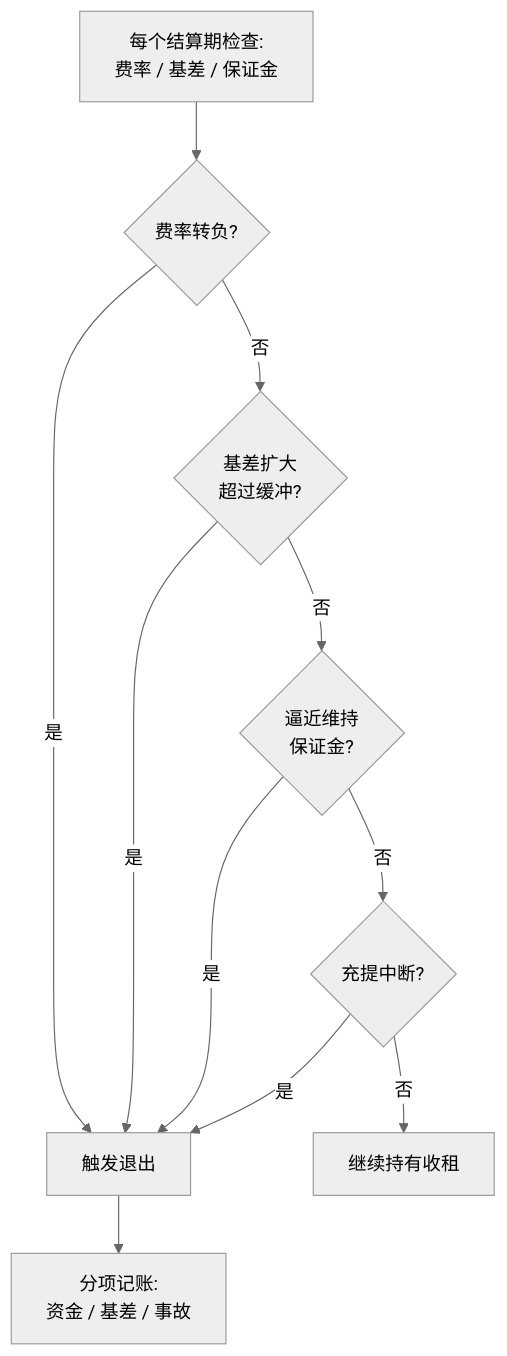
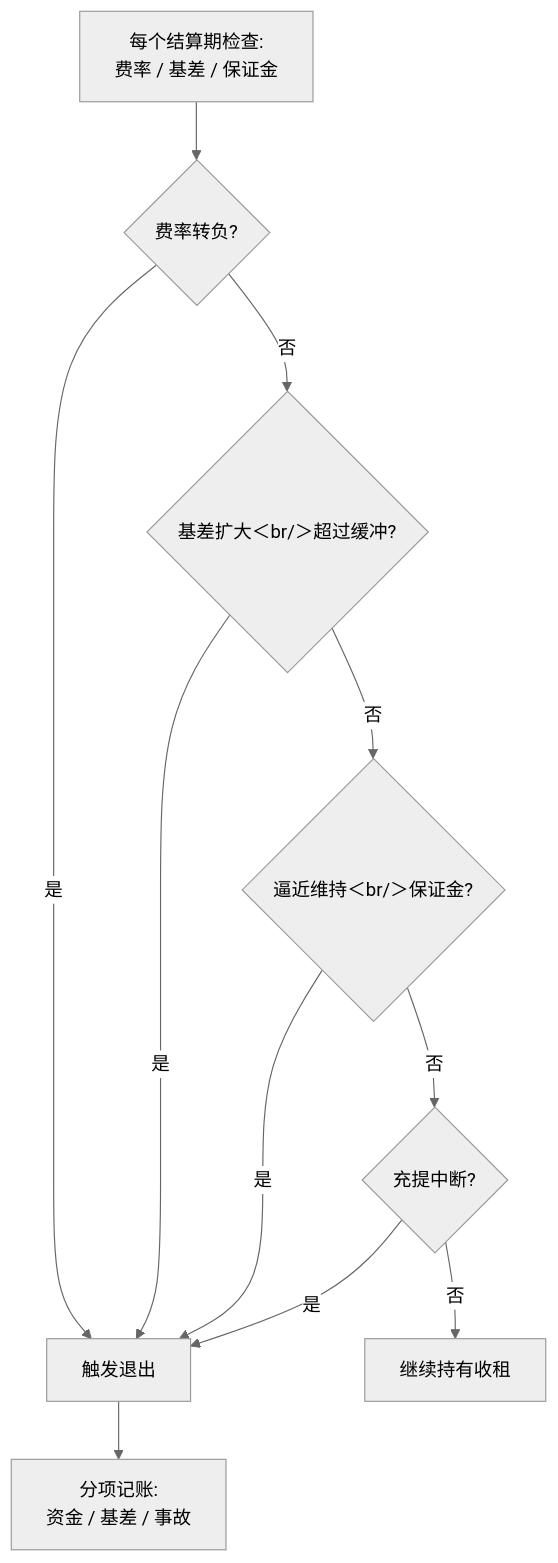
The first of 2 diagrams in docs/quant/funding-rate-arb.md (xhongduo-tech/xhongduo-tech.github.io), drawn with Mermaid (neutral theme) before and after one commit. The commit also changed 291 other files, not shown here.

Commit message:
Normalize lesson titles to tree names and repair mermaid arrow/quote syntax site-wide.

````diff
--- a/docs/quant/funding-rate-arb.md
+++ b/docs/quant/funding-rate-arb.md
@@ -56,13 +56,13 @@
 ```mermaid
 flowchart TD
   Q["每个结算期检查:<br/>费率 / 基差 / 保证金"] --> C1{"费率转负?"}
   C1 -- "是" --> X["触发退出"]
-  C1 -- "否" --> C2{"基差扩大<br/>超过缓冲?"}
+  C1 -- "否" --> C2{"基差扩大＜br/＞超过缓冲?"}
   C2 -- "是" --> X
-  C2 -- "否" --> C3{"逼近维持<br/>保证金?"}
+  C2 -- "否" --> C3{"逼近维持＜br/＞保证金?"}
   C3 -- "是" --> X
   C3 -- "否" --> C4{"充提中断?"}
   C4 -- "是" --> X
   C4 -- "否" --> H["继续持有收租"]
   X --> R["分项记账:<br/>资金 / 基差 / 事故"]
 ```
````
